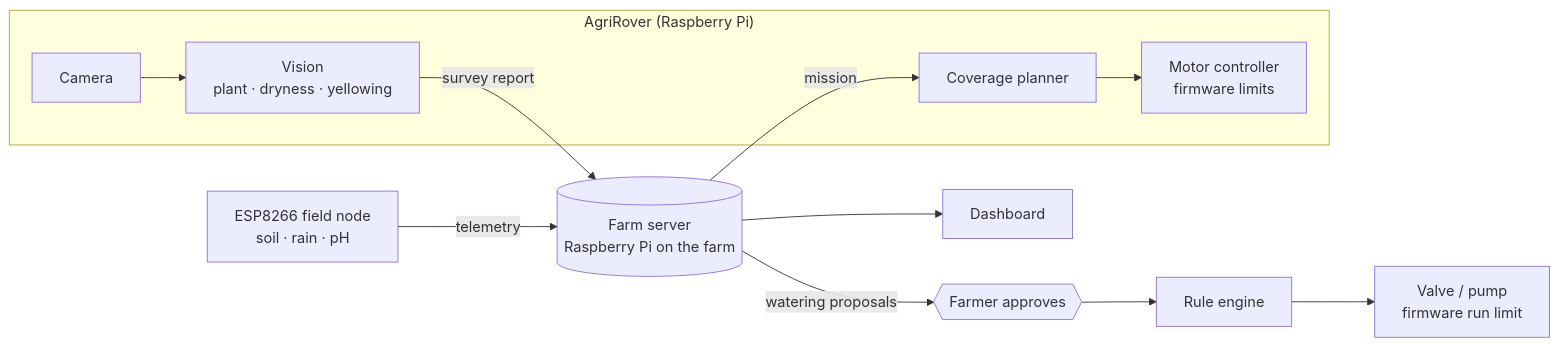
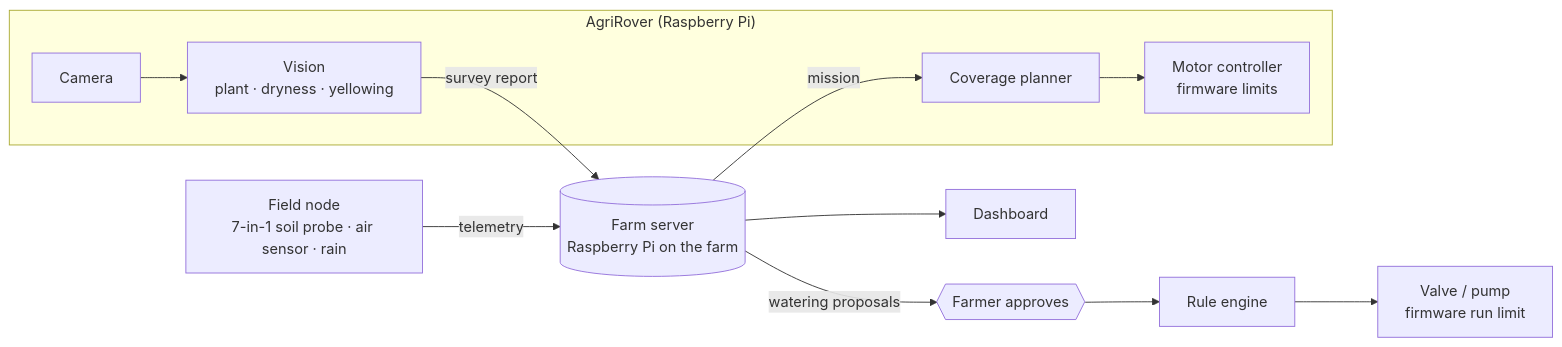
Before and after one commit to DaivaiCheong/agrirover: the diagram in README.md, drawn with Mermaid. The commit also changed other lines of this file and 54 other files, not shown here.

````diff
--- a/README.md
+++ b/README.md
@@ -23,14 +23,14 @@
 ```mermaid
 flowchart LR
   subgraph R["AgriRover (Raspberry Pi)"]
     P[Coverage planner] --> M[Motor controller<br/>firmware limits]
     C[Camera] --> V[Vision<br/>plant · dryness · yellowing]
   end
   S[(Farm server<br/>Raspberry Pi on the farm)]
-  F[ESP8266 field node<br/>soil · rain · pH] -- telemetry --> S
+  F[Field node<br/>7-in-1 soil probe · air sensor · rain] -- telemetry --> S
   S -- mission --> P
   V -- survey report --> S
   S --> D[Dashboard]
   S -- watering proposals --> A{{Farmer approves}}
   A --> E[Rule engine] --> W[Valve / pump<br/>firmware run limit]
 ```
````
